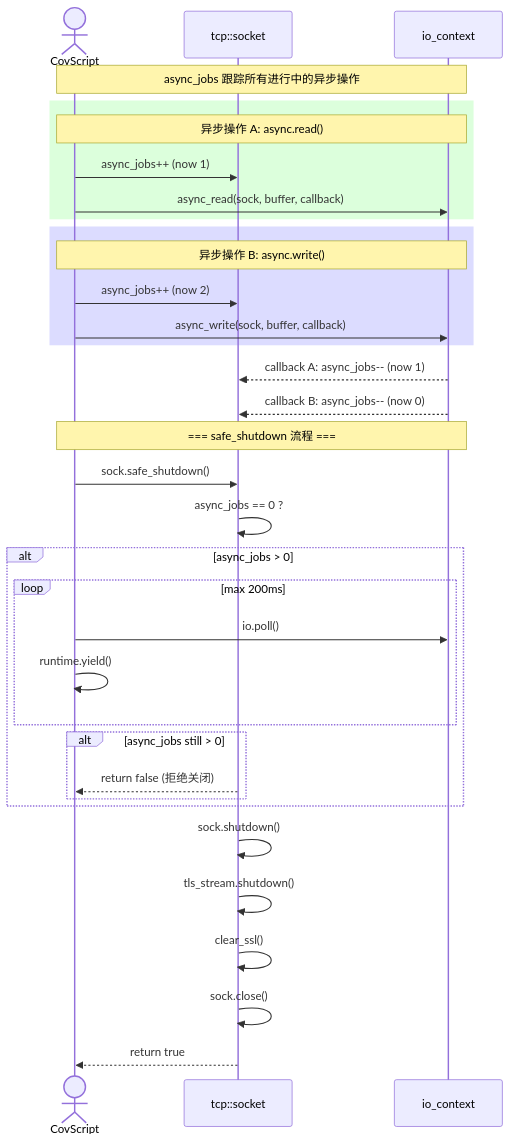
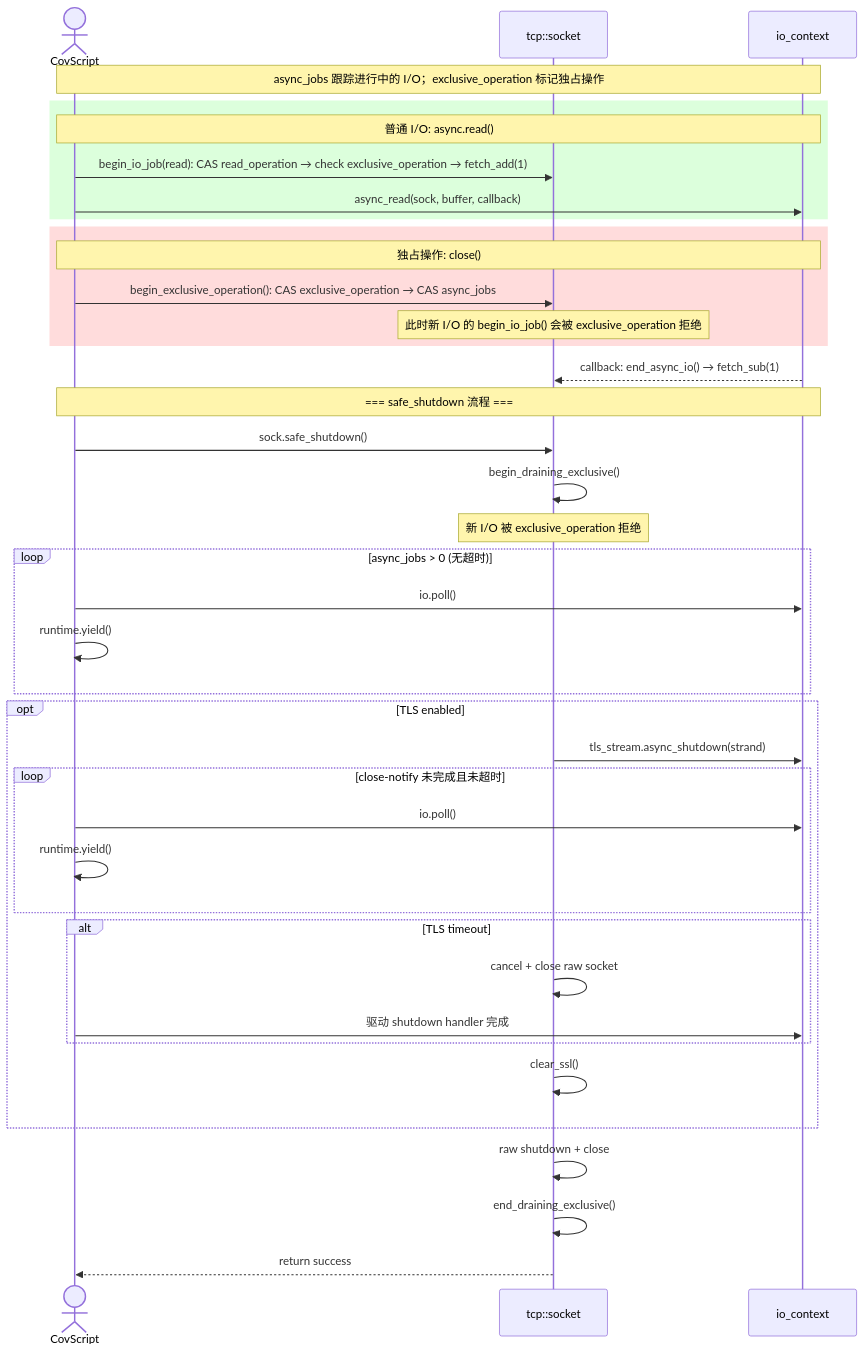
Before and after one commit to covscript/covscript-network: the eighth of 9 diagrams in docs/async-architecture.md, drawn with Mermaid. The commit also changed other lines of this file and 23 other files, not shown here.

````diff
--- a/docs/async-architecture.md
+++ b/docs/async-architecture.md
@@ -348,43 +387,46 @@
 ```mermaid
 sequenceDiagram
     actor Script as CovScript
     participant Sock as tcp::socket
     participant IO as io_context
 
-    Note over Script,IO: async_jobs 跟踪所有进行中的异步操作
+    Note over Script,IO: async_jobs 跟踪进行中的 I/O；exclusive_operation 标记独占操作
 
     rect rgb(220, 255, 220)
-    Note over Script,IO: 异步操作 A: async.read()
-    Script->>Sock: async_jobs++ (now 1)
+    Note over Script,IO: 普通 I/O: async.read()
+    Script->>Sock: begin_io_job(read): CAS read_operation → check exclusive_operation → fetch_add(1)
     Script->>IO: async_read(sock, buffer, callback)
     end
 
-    rect rgb(220, 220, 255)
-    Note over Script,IO: 异步操作 B: async.write()
-    Script->>Sock: async_jobs++ (now 2)
-    Script->>IO: async_write(sock, buffer, callback)
+    rect rgb(255, 220, 220)
+    Note over Script,IO: 独占操作: close()
+    Script->>Sock: begin_exclusive_operation(): CAS exclusive_operation → CAS async_jobs
+    Note over Sock: 此时新 I/O 的 begin_io_job() 会被 exclusive_operation 拒绝
     end
 
-    IO-->>Sock: callback A: async_jobs-- (now 1)
-    IO-->>Sock: callback B: async_jobs-- (now 0)
+    IO-->>Sock: callback: end_async_io() → fetch_sub(1)
 
     Note over Script,IO: === safe_shutdown 流程 ===
     Script->>Sock: sock.safe_shutdown()
-    Sock->>Sock: async_jobs == 0 ?
-
-    alt async_jobs > 0
-        loop max 200ms
+    Sock->>Sock: begin_draining_exclusive()
+    Note over Sock: 新 I/O 被 exclusive_operation 拒绝
+    loop async_jobs > 0 (无超时)
+        Script->>IO: io.poll()
+        Script->>Script: runtime.yield()
+    end
+    opt TLS enabled
+        Sock->>IO: tls_stream.async_shutdown(strand)
+        loop close-notify 未完成且未超时
             Script->>IO: io.poll()
             Script->>Script: runtime.yield()
         end
-        alt async_jobs still > 0
-            Sock-->>Script: return false (拒绝关闭)
+        alt TLS timeout
+            Sock->>Sock: cancel + close raw socket
+            Script->>IO: 驱动 shutdown handler 完成
         end
+        Sock->>Sock: clear_ssl()
     end
-
-    Sock->>Sock: sock.shutdown()
-    Sock->>Sock: tls_stream.shutdown()
-    Sock->>Sock: clear_ssl()
-    Sock->>Sock: sock.close()
-    Sock-->>Script: return true
+    Sock->>Sock: raw shutdown + close
+    Sock->>Sock: end_draining_exclusive()
+    Sock-->>Script: return success
 ```
````
